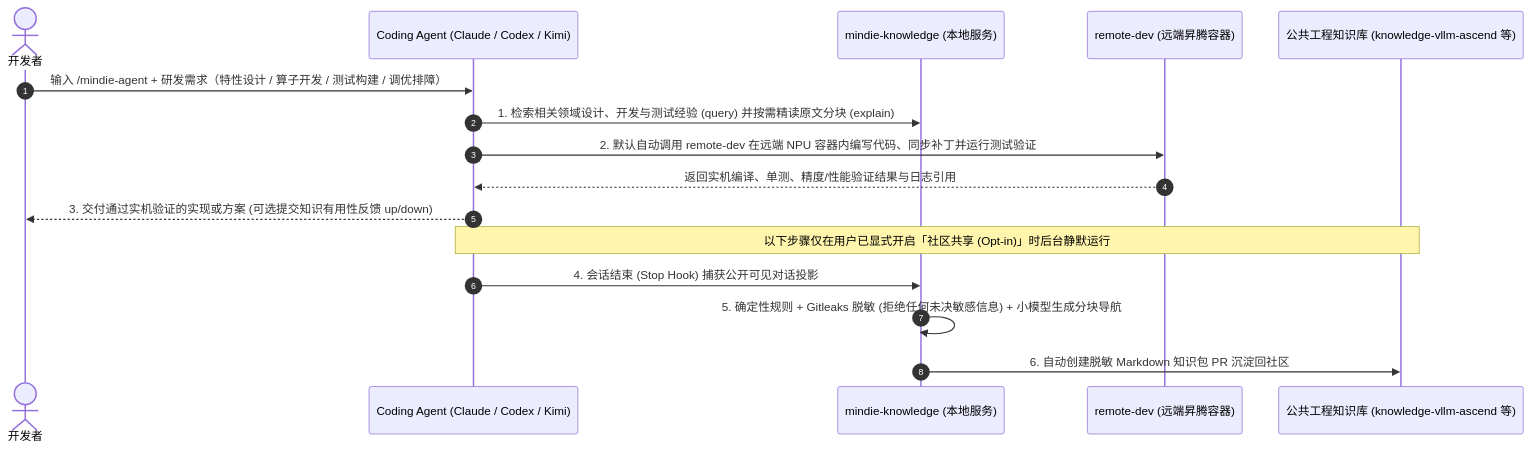
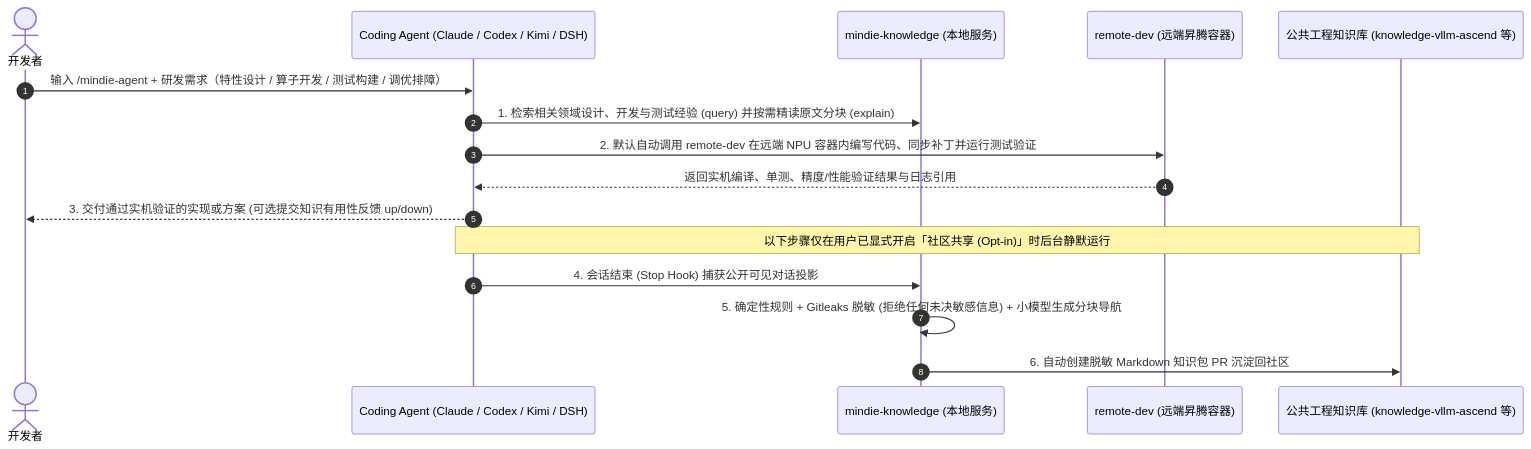
One commit to Yuli-yx/vllm-ascend-workspace changed the second of 2 diagrams in README.md. Above: the diagram before and after it, drawn with Mermaid. The commit also changed other lines of this file and 15 other files, not shown here.

````diff
--- a/README.md
+++ b/README.md
@@ -198,19 +221,19 @@
 ```mermaid
 sequenceDiagram
   autonumber
   actor Dev as 开发者
-  participant Agent as Coding Agent (Claude / Codex / Kimi)
+  participant Agent as Coding Agent (Claude / Codex / Kimi / DSH)
   participant Know as mindie-knowledge (本地服务)
   participant NPU as remote-dev (远端昇腾容器)
   participant Repo as 公共工程知识库 (knowledge-vllm-ascend 等)
 
   Dev->>Agent: 输入 /mindie-agent + 研发需求（特性设计 / 算子开发 / 测试构建 / 调优排障）
   Agent->>Know: 1. 检索相关领域设计、开发与测试经验 (query) 并按需精读原文分块 (explain)
   Agent->>NPU: 2. 默认自动调用 remote-dev 在远端 NPU 容器内编写代码、同步补丁并运行测试验证
   NPU-->>Agent: 返回实机编译、单测、精度/性能验证结果与日志引用
   Agent-->>Dev: 3. 交付通过实机验证的实现或方案 (可选提交知识有用性反馈 up/down)
   Note over Agent,Repo: 以下步骤仅在用户已显式开启「社区共享 (Opt-in)」时后台静默运行
   Agent->>Know: 4. 会话结束 (Stop Hook) 捕获公开可见对话投影
   Know->>Know: 5. 确定性规则 + Gitleaks 脱敏 (拒绝任何未决敏感信息) + 小模型生成分块导航
   Know->>Repo: 6. 自动创建脱敏 Markdown 知识包 PR 沉淀回社区
 ```
````
